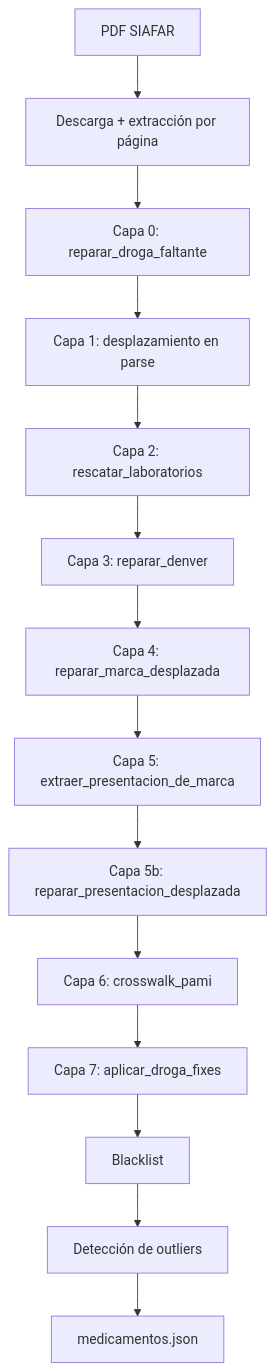
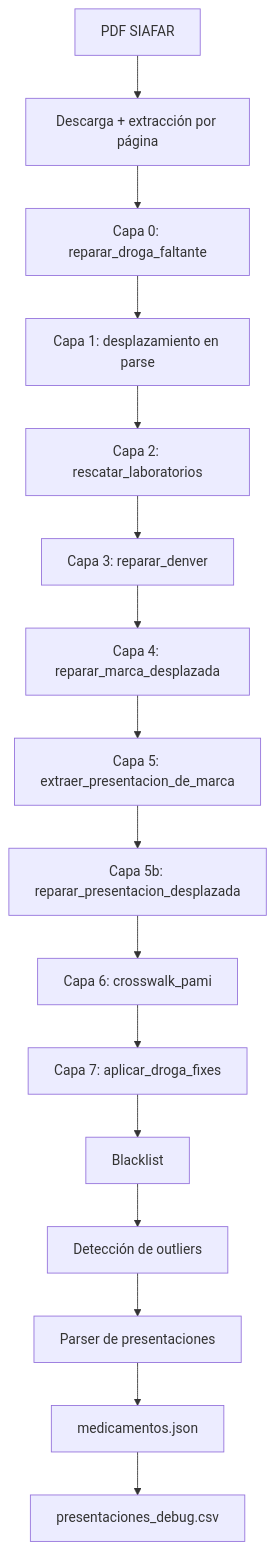
Before and after one commit to psbella/remediar: the fourth of 6 diagrams in README.md, drawn with Mermaid. The commit also changed other lines of this file, not shown here.

````diff
--- a/README.md
+++ b/README.md
@@ -906,32 +926,34 @@
 ```mermaid
 flowchart TD
 
     A[PDF SIAFAR]
     B[Descarga + extracción por página]
     C0[Capa 0: reparar_droga_faltante]
     C1[Capa 1: desplazamiento en parse]
     C2[Capa 2: rescatar_laboratorios]
     C3[Capa 3: reparar_denver]
     C4[Capa 4: reparar_marca_desplazada]
     C5[Capa 5: extraer_presentacion_de_marca]
     C5B[Capa 5b: reparar_presentacion_desplazada]
     C6[Capa 6: crosswalk_pami]
     C7[Capa 7: aplicar_droga_fixes]
     BL[Blacklist]
     OUT[Detección de outliers]
     JSON[medicamentos.json]
 
     A --> B
     B --> C0
     C0 --> C1
     C1 --> C2
     C2 --> C3
     C3 --> C4
     C4 --> C5
     C5 --> C5B
     C5B --> C6
     C6 --> C7
     C7 --> BL
     BL --> OUT
-    OUT --> JSON
+    OUT --> PRES[Parser de presentaciones]
+    PRES --> JSON
+    JSON --> DEBUG[presentaciones_debug.csv]
 ```
````
